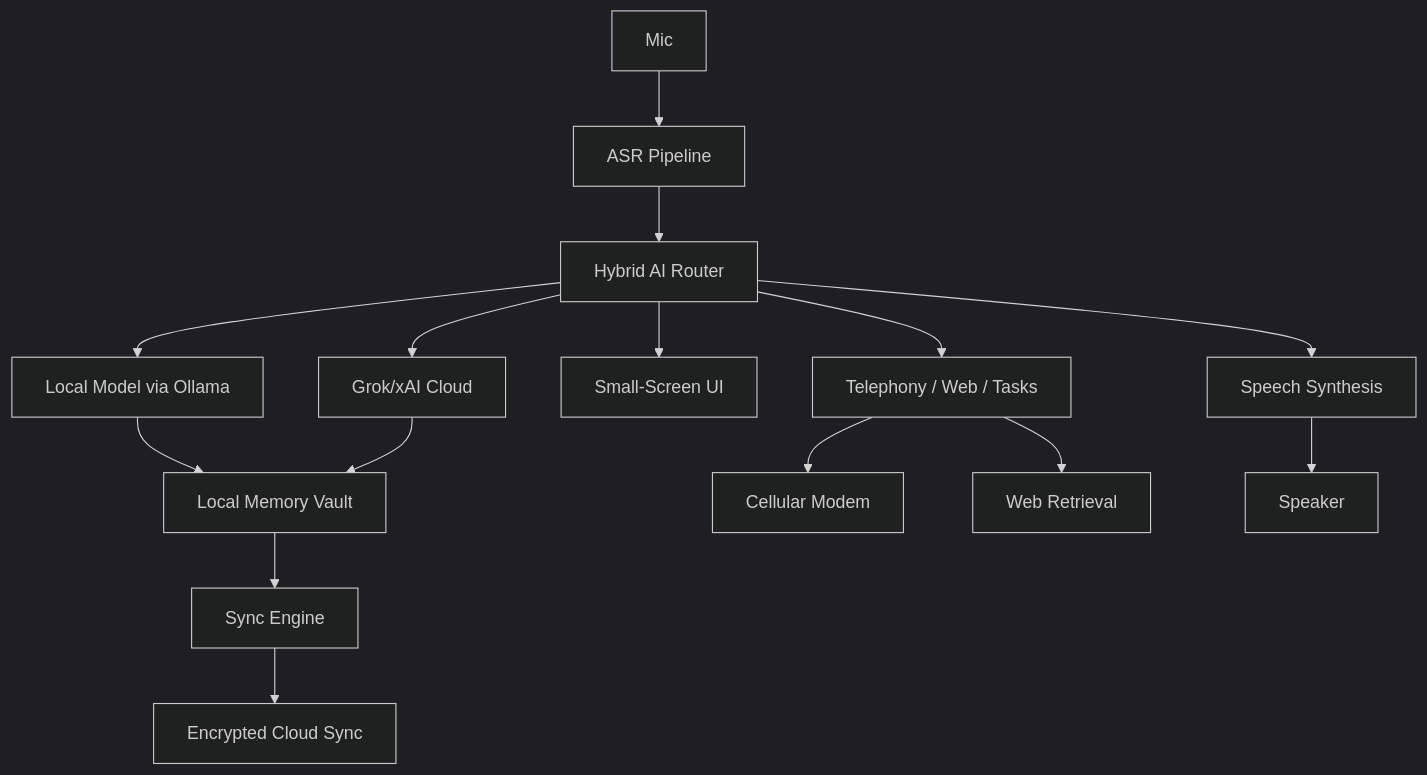
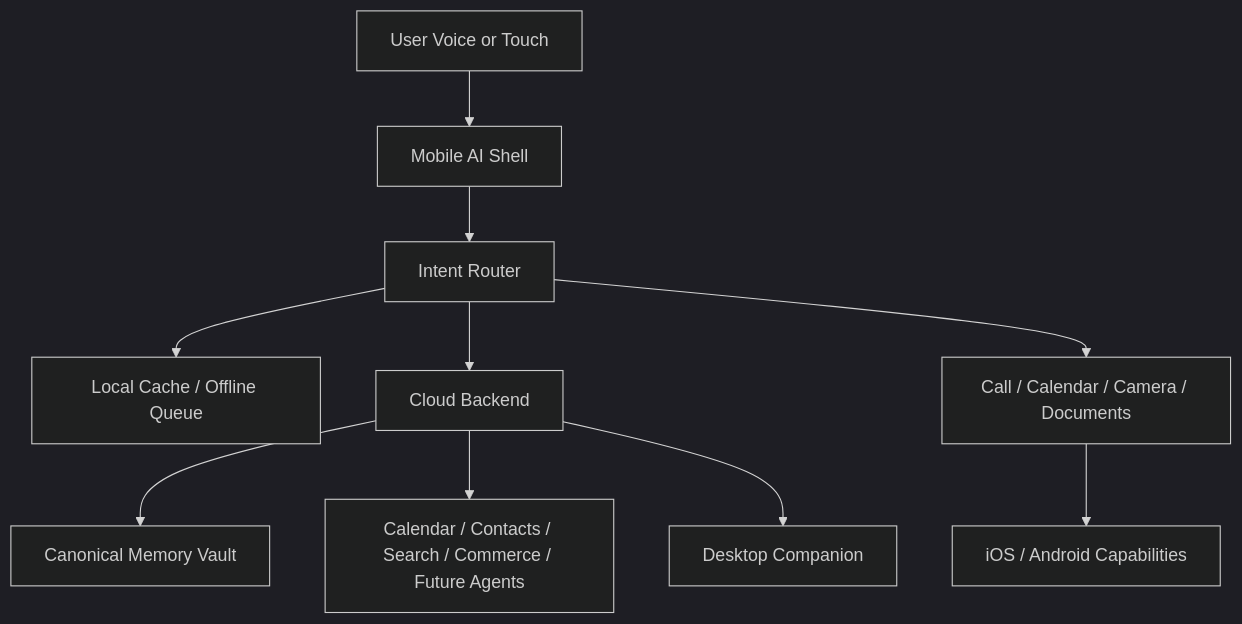
The diagram in docs/architecture.md (ptulin/telefon), drawn with Mermaid (dark theme) before and after one commit. The commit also changed other lines of this file and 63 other files, not shown here.

````diff
--- a/docs/architecture.md
+++ b/docs/architecture.md
@@ -34,17 +76,12 @@
 ```mermaid
 flowchart TD
-    Mic --> Voice["ASR Pipeline"]
-    Voice --> Router["Hybrid AI Router"]
-    Router --> Local["Local Model via Ollama"]
-    Router --> Grok["Grok/xAI Cloud"]
-    Local --> Memory["Local Memory Vault"]
-    Grok --> Memory
-    Memory --> Sync["Sync Engine"]
-    Sync --> CloudStore["Encrypted Cloud Sync"]
-    Router --> UI["Small-Screen UI"]
-    Router --> Tools["Telephony / Web / Tasks"]
-    Tools --> Modem["Cellular Modem"]
-    Tools --> Browser["Web Retrieval"]
-    TTS["Speech Synthesis"] --> Speaker
-    Router --> TTS
+    User["User Voice or Touch"] --> Mobile["Mobile AI Shell"]
+    Mobile --> Router["Intent Router"]
+    Router --> Local["Local Cache / Offline Queue"]
+    Router --> Backend["Cloud Backend"]
+    Backend --> Memory["Canonical Memory Vault"]
+    Backend --> Tools["Calendar / Contacts / Search / Commerce / Future Agents"]
+    Backend --> Desktop["Desktop Companion"]
+    Router --> Actions["Call / Calendar / Camera / Documents"]
+    Actions --> MobileOS["iOS / Android Capabilities"]
 ```
````
